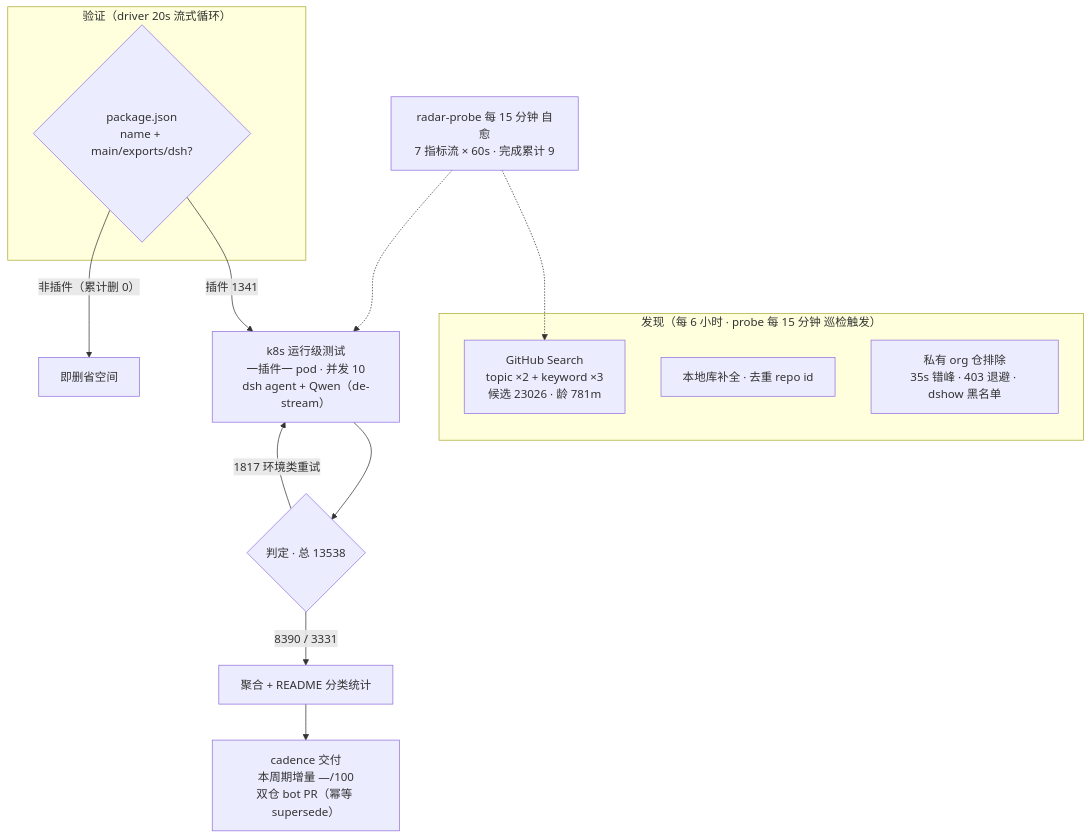
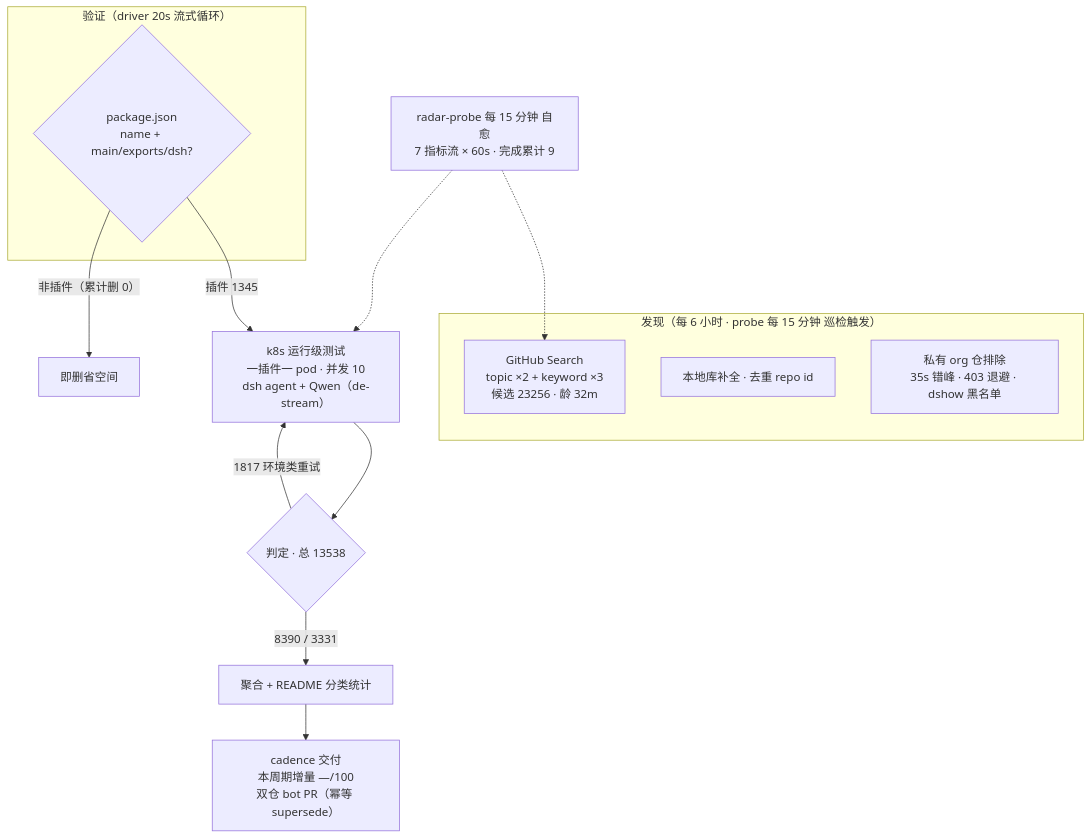
One commit to 1420079678-ctrl/dsh-plugin-radar changed the diagram in README.md. Above: the diagram before and after it, drawn with Mermaid. The commit also changed other lines of this file and 15 other files, not shown here.

````diff
--- a/README.md
+++ b/README.md
@@ -76,20 +78,20 @@
 ```mermaid
 flowchart TB
     subgraph Discovery["发现（每 6 小时 · probe 每 15 分钟 巡检触发）"]
-        A1["GitHub Search<br/>topic ×2 + keyword ×3<br/>候选 23026 · 龄 781m"]
+        A1["GitHub Search<br/>topic ×2 + keyword ×3<br/>候选 23256 · 龄 32m"]
         A2["本地库补全 · 去重 repo id"]
         A3["私有 org 仓排除<br/>35s 错峰 · 403 退避 · dshow 黑名单"]
     end
     subgraph Validation["验证（driver 20s 流式循环）"]
         B1{"package.json<br/>name + main/exports/dsh?"}
     end
-    B1 -->|"插件 1341"| C1["k8s 运行级测试<br/>一插件一 pod · 并发 10<br/>dsh agent + Qwen（de-stream）"]
+    B1 -->|"插件 1345"| C1["k8s 运行级测试<br/>一插件一 pod · 并发 10<br/>dsh agent + Qwen（de-stream）"]
     B1 -->|"非插件（累计删 0）"| B3["即删省空间"]
     C1 --> D1{"判定 · 总 13538"}
     D1 -->|"8390 / 3331"| E1["聚合 + README 分类统计"]
     D1 -->|"1817 环境类重试"| C1
     E1 --> E2["cadence 交付<br/>本周期增量 —/100<br/>双仓 bot PR（幂等 supersede）"]
     M["radar-probe 每 15 分钟 自愈<br/>7 指标流 × 60s · 完成累计 9"]
     M -.-> A1
     M -.-> C1
 ```
````
